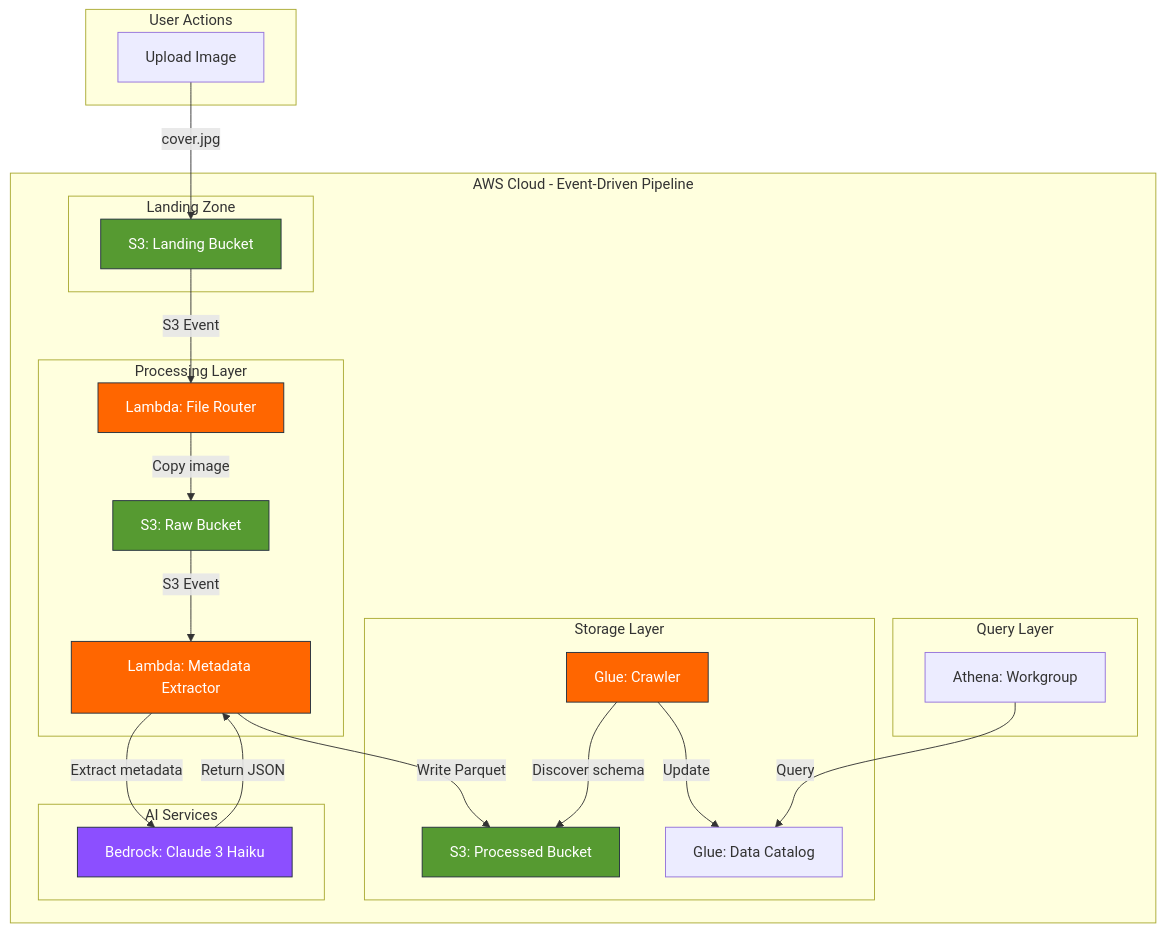
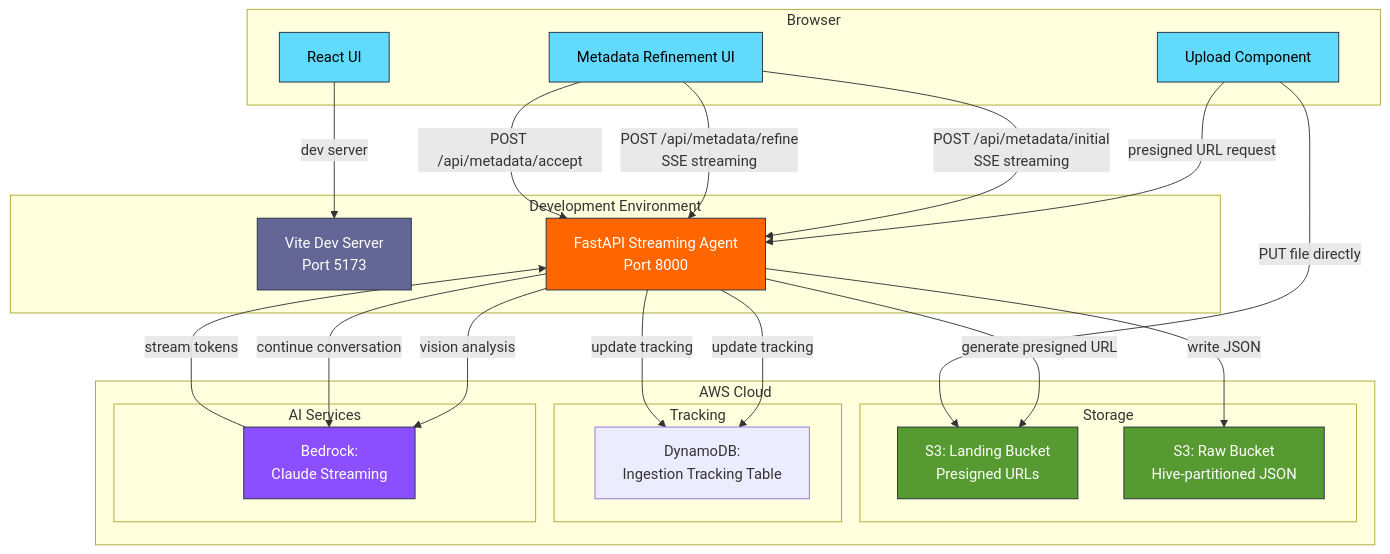
Before and after one commit to sudoblark/sudoblark.ai.bookshelf-demo: the diagram in README.md, drawn with Mermaid. The commit also changed other lines of this file and 57 other files, not shown here.

First line of the commit message:
refactor(ops) Consolidate ops Lambda into streaming API & remove data-pipeline (#20)

````diff
--- a/README.md
+++ b/README.md
@@ -142,51 +142,54 @@
 ```mermaid
 graph TB
-    subgraph "User Actions"
-        A[Upload Image]
+    subgraph "Browser"
+        A[React UI]
+        B[Upload Component]
+        C[Metadata Refinement UI]
     end
 
-    subgraph "AWS Cloud - Event-Driven Pipeline"
-        subgraph "Landing Zone"
-            B[S3: Landing Bucket]
+    subgraph "Development Environment"
+        D[Vite Dev Server<br/>Port 5173]
+        E[FastAPI Streaming Agent<br/>Port 8000]
+    end
+
+    subgraph "AWS Cloud"
+        subgraph "Storage"
+            F[S3: Landing Bucket<br/>Presigned URLs]
+            G[S3: Raw Bucket<br/>Hive-partitioned JSON]
         end
 
-        subgraph "Processing Layer"
-            C[Lambda: File Router]
-            D[S3: Raw Bucket]
-            E[Lambda: Metadata Extractor]
-        end
-
-        subgraph "Storage Layer"
-            F[S3: Processed Bucket]
-            G[Glue: Crawler]
-            H[Glue: Data Catalog]
-        end
-
-        subgraph "Query Layer"
-            I[Athena: Workgroup]
+        subgraph "Tracking"
+            H[DynamoDB:<br/>Ingestion Tracking Table]
         end
 
         subgraph "AI Services"
-            J[Bedrock: Claude 3 Haiku]
+            I[Bedrock:<br/>Claude Streaming]
         end
     end
 
-    A -->|cover.jpg| B
-    B -->|S3 Event| C
-    C -->|Copy image| D
-    D -->|S3 Event| E
-    E -->|Extract metadata| J
-    J -->|Return JSON| E
-    E -->|Write Parquet| F
-    G -->|Discover schema| F
-    G -->|Update| H
-    I -->|Query| H
+    A -->|dev server| D
+    B -->|presigned URL request| E
+    E -->|generate presigned URL| F
+    B -->|PUT file directly| F
+    C -->|POST /api/metadata/initial<br/>SSE streaming| E
+    E -->|vision analysis| I
+    I -->|stream tokens| E
+    E -->|update tracking| H
+    C -->|POST /api/metadata/refine<br/>SSE streaming| E
+    E -->|continue conversation| I
+    C -->|POST /api/metadata/accept| E
+    E -->|write JSON| G
+    E -->|update tracking| H
 
+    classDef browser fill:#61DAFB,stroke:#232F3E,color:#000
+    classDef devserver fill:#646695,stroke:#232F3E,color:#fff
     classDef storage fill:#569A31,stroke:#232F3E,color:#fff
     classDef compute fill:#FF6600,stroke:#232F3E,color:#fff
     classDef ai fill:#8C4FFF,stroke:#232F3E,color:#fff
 
-    class B,D,F storage
-    class C,E,G compute
-    class J ai
+    class A,B,C browser
+    class D devserver
+    class F,G storage
+    class E compute
+    class I ai
 ```
````
